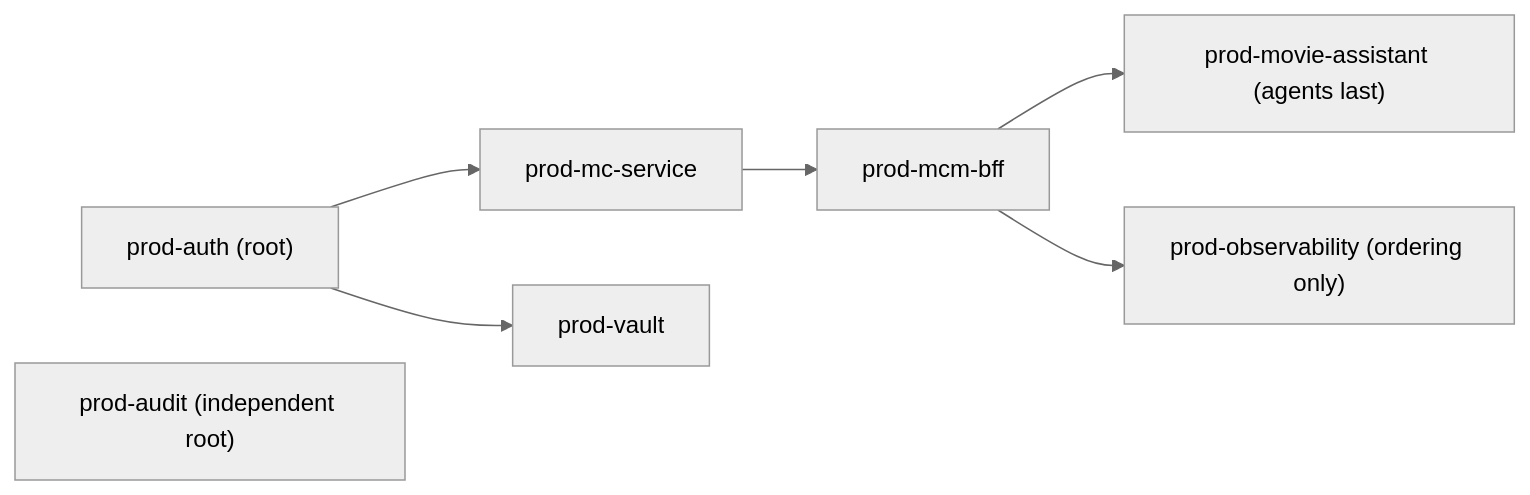
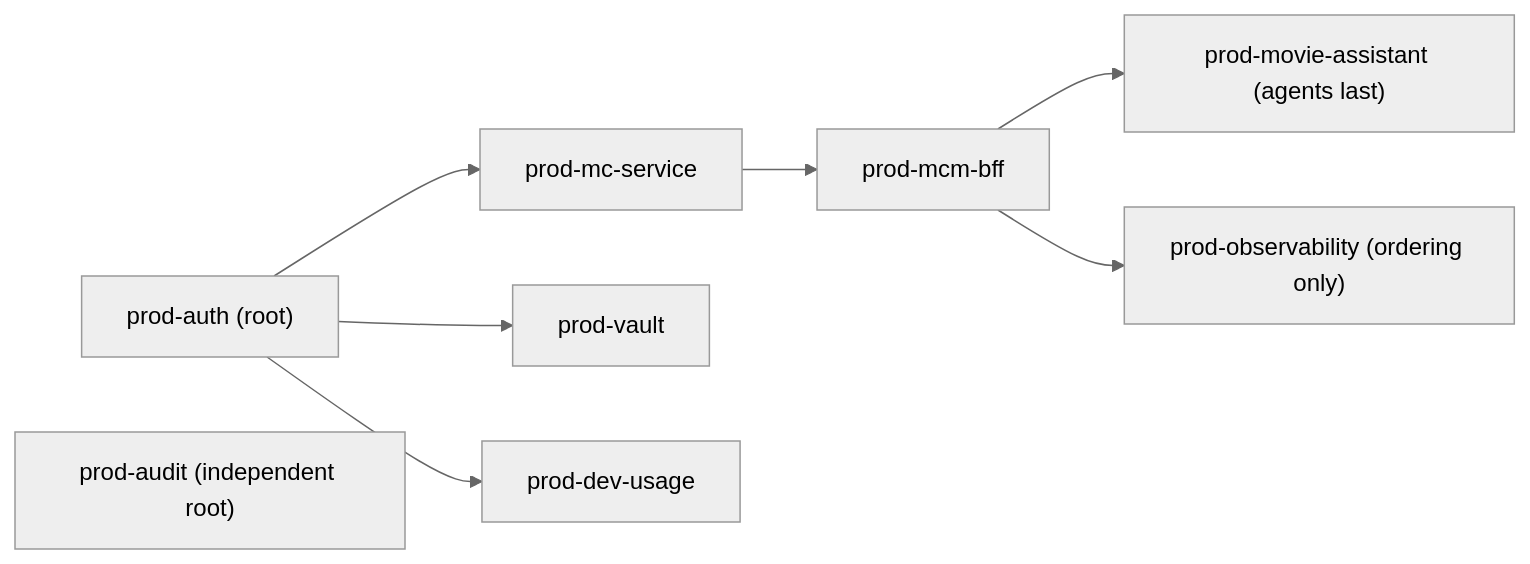
One commit to jumbleknot/MovieCollectionManager changed the first of 2 diagrams in openwiki/projects/infrastructure-stacks.md. Above: the diagram before and after it, drawn with Mermaid (neutral theme). The commit also changed other lines of this file and 9 other files, not shown here.

First line of the commit message:
docs(dev-usage): 105 T033 operator runbook, wiki concept page, index lines; refresh stale pages

````diff
--- a/openwiki/projects/infrastructure-stacks.md
+++ b/openwiki/projects/infrastructure-stacks.md
@@ -123,9 +125,10 @@
 ```mermaid
 flowchart LR
   AUTH["prod-auth (root)"] --> MC["prod-mc-service"]
   MC --> BFF["prod-mcm-bff"]
   BFF --> AGENTS["prod-movie-assistant (agents last)"]
   AUTH --> VAULT["prod-vault"]
+  AUTH --> USAGE["prod-dev-usage"]
   BFF --> OBS["prod-observability (ordering only)"]
   AUDIT["prod-audit (independent root)"]
 ```
````
